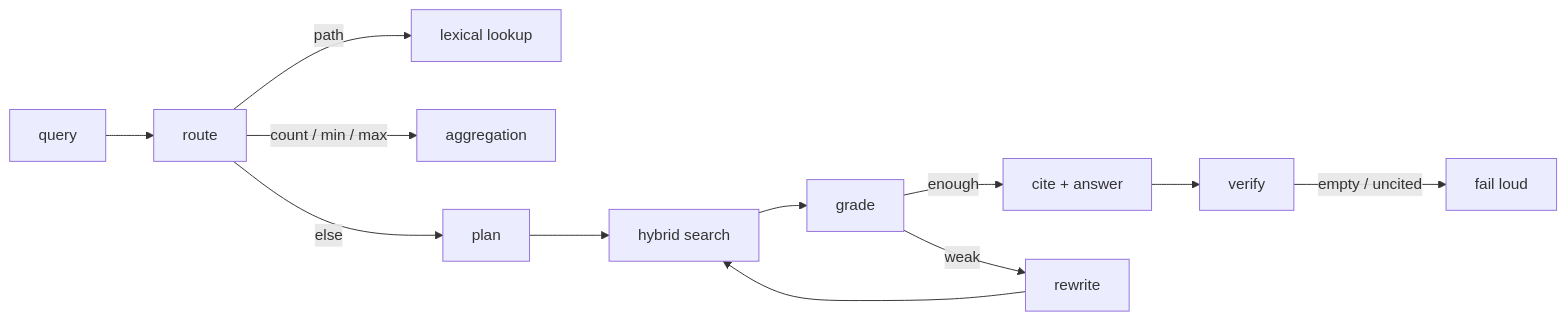
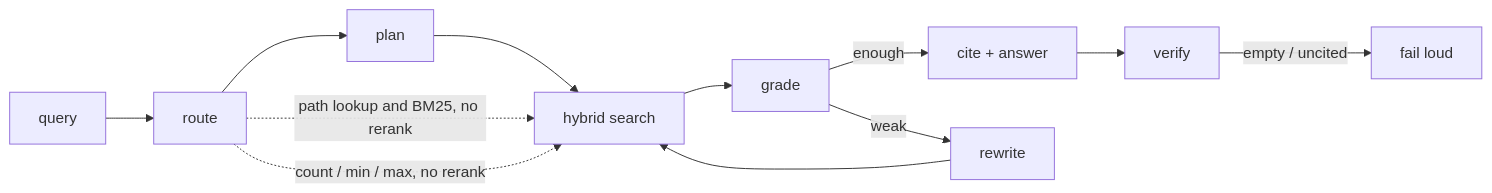
The diagram in doc/engineering-reference.md (joses2017smjh/MetaNavT), drawn with Mermaid before and after one commit. The commit also changed other lines of this file and 4 other files, not shown here.

````diff
--- a/doc/engineering-reference.md
+++ b/doc/engineering-reference.md
@@ -515,14 +517,14 @@
 ```mermaid
 flowchart LR
   Q[query] --> R[route]
-  R -->|path| L[lexical lookup]
-  R -->|count / min / max| A[aggregation]
-  R -->|else| P[plan]
+  R --> P[plan]
   P --> S[hybrid search]
+  R -.->|path lookup and BM25, no rerank| S
+  R -.->|count / min / max, no rerank| S
   S --> G[grade]
   G -->|enough| C[cite + answer]
   G -->|weak| W[rewrite]
   W --> S
   C --> V[verify]
   V -->|empty / uncited| X[fail loud]
 ```
````
